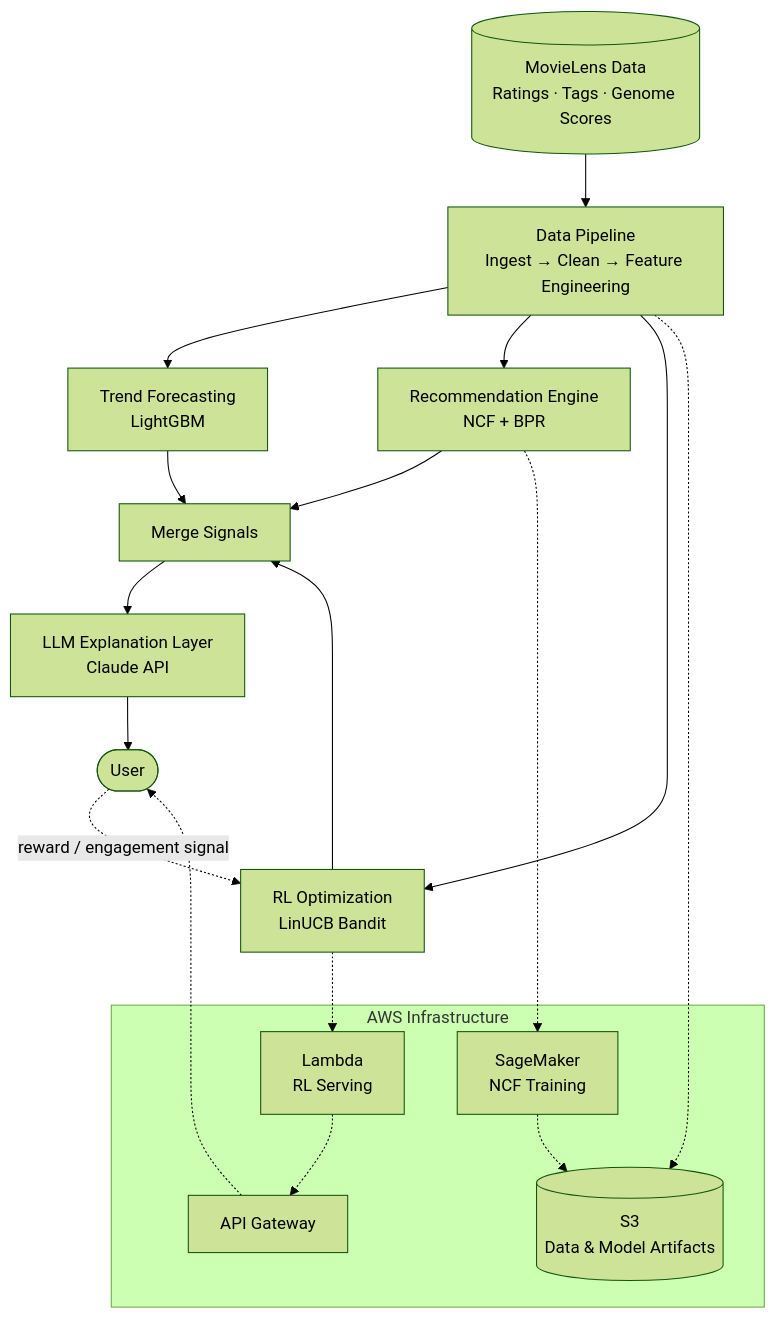
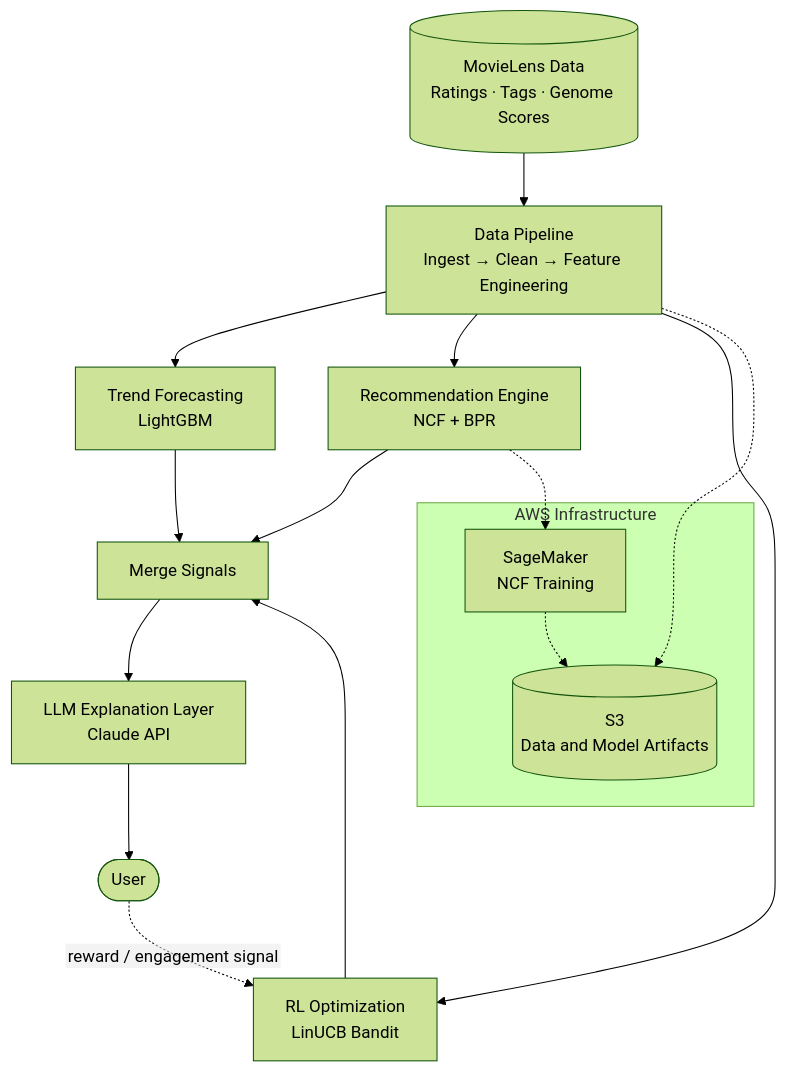
One commit to Asmita1109/CineIQ changed the diagram in docs/diagrams/architecture.mmd. Above: the diagram before and after it, drawn with Mermaid (forest theme). The commit also changed 1 other file, not shown here.

Commit message:
Fix architecture diagram rendering on GitHub, drop Lambda/API Gateway
The SVG used foreignObject/XHTML labels (mermaid's flowchart-v2
default), which GitHub's image sanitizer rejects, causing "Invalid
image source". Regenerated with flowchart.htmlLabels disabled via an
init directive on mermaid-cli 10.9.1 (later CLI versions ignore that
setting for flowchart-v2), producing plain SVG text with no
foreignObject. Also removed Lambda and API Gateway from the AWS
Infrastructure subgraph, keeping only S3 and SageMaker, and updated
the README alt text to match.

```diff
--- a/docs/diagrams/architecture.mmd
+++ b/docs/diagrams/architecture.mmd
@@ -1,29 +1,25 @@
+%%{init: {'flowchart': {'htmlLabels': false}}}%%
 flowchart TD
     A[("MovieLens Data<br/>Ratings · Tags · Genome Scores")] --> B["Data Pipeline<br/>Ingest → Clean → Feature Engineering"]
 
     B --> C["Trend Forecasting<br/>LightGBM"]
     B --> D["Recommendation Engine<br/>NCF + BPR"]
     B --> E["RL Optimization<br/>LinUCB Bandit"]
 
     C --> F["Merge Signals"]
     D --> F
     E --> F
 
     F --> G["LLM Explanation Layer<br/>Claude API"]
     G --> H(["User"])
 
     H -. "reward / engagement signal" .-> E
 
     subgraph AWS["AWS Infrastructure"]
-        S3[("S3<br/>Data & Model Artifacts")]
+        S3[("S3<br/>Data and Model Artifacts")]
         SM["SageMaker<br/>NCF Training"]
-        LAM["Lambda<br/>RL Serving"]
-        APIGW["API Gateway"]
     end
 
     B -.-> S3
     D -.-> SM
     SM -.-> S3
-    E -.-> LAM
-    LAM -.-> APIGW
-    APIGW -.-> H
```
